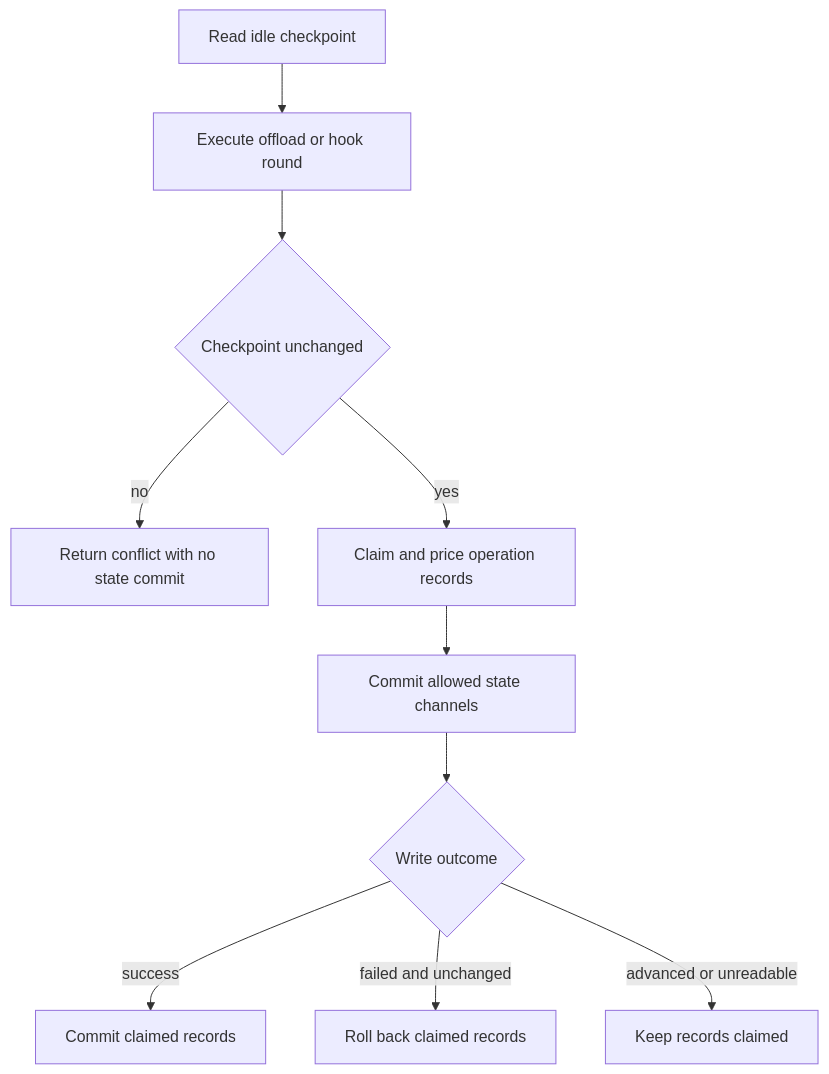
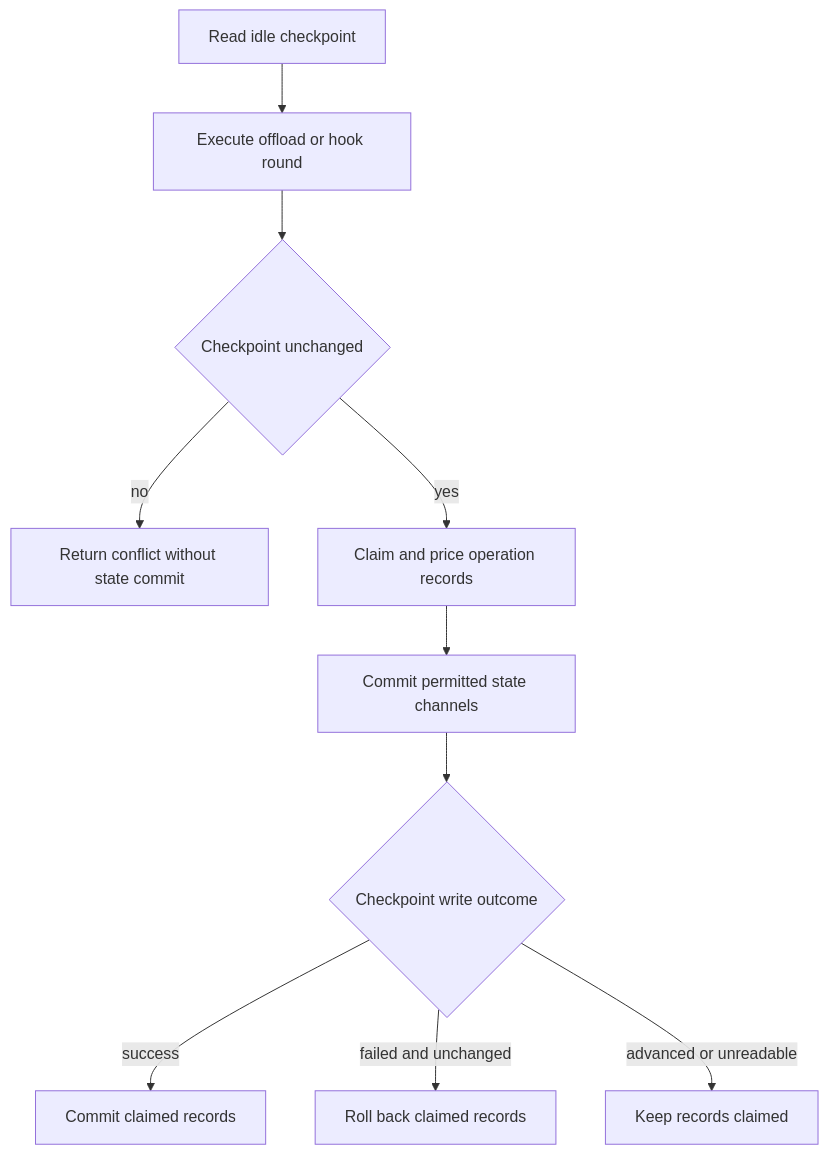
One commit to langchain-ai/deepagents changed the third of 3 diagrams in openwiki/operations/cost-and-sessions.md. Above: the diagram before and after it, drawn with Mermaid. The commit also changed other lines of this file and 39 other files, not shown here.

````diff
--- a/openwiki/operations/cost-and-sessions.md
+++ b/openwiki/operations/cost-and-sessions.md
@@ -91,12 +138,12 @@
 ```mermaid
 flowchart TD
     start["Read idle checkpoint"] --> execute["Execute offload or hook round"]
-    execute --> changed{"Checkpoint unchanged"}
-    changed -- "no" --> conflict["Return conflict with no state commit"]
-    changed -- "yes" --> prepare["Claim and price operation records"]
-    prepare --> write["Commit allowed state channels"]
-    write --> result{"Write outcome"}
-    result -- "success" --> committed["Commit claimed records"]
-    result -- "failed and unchanged" --> restored["Roll back claimed records"]
-    result -- "advanced or unreadable" --> conservative["Keep records claimed"]
+    execute --> unchanged{"Checkpoint unchanged"}
+    unchanged -- "no" --> conflict["Return conflict without state commit"]
+    unchanged -- "yes" --> prepare["Claim and price operation records"]
+    prepare --> write["Commit permitted state channels"]
+    write --> outcome{"Checkpoint write outcome"}
+    outcome -- "success" --> committed["Commit claimed records"]
+    outcome -- "failed and unchanged" --> restored["Roll back claimed records"]
+    outcome -- "advanced or unreadable" --> conservative["Keep records claimed"]
 ```
````
